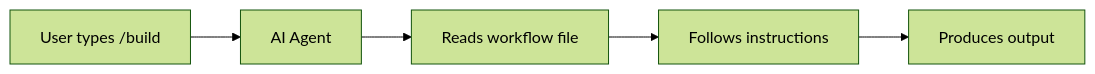
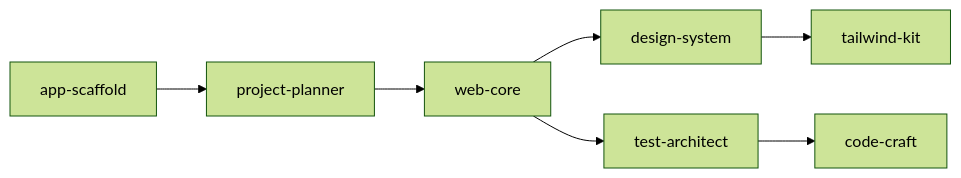
One commit to pikakit/agent-skills changed the diagram in .agent/workflows/README.md. Above: the diagram before and after it, drawn with Mermaid (forest theme). The commit also changed other lines of this file and 336 other files, not shown here.

````diff
--- a/.agent/workflows/README.md
+++ b/.agent/workflows/README.md
@@ -7,7 +73,9 @@
 ```mermaid
 graph LR
-    User[User types /build] --> AI[AI Agent]
-    AI --> Read[Reads workflow file]
-    Read --> Execute[Follows instructions]
-    Execute --> Result[Produces output]
+    A[app-scaffold] --> B[project-planner]
+    B --> C[web-core]
+    C --> D[design-system]
+    D --> E[tailwind-kit]
+    C --> F[test-architect]
+    F --> G[code-craft]
 ```
````
